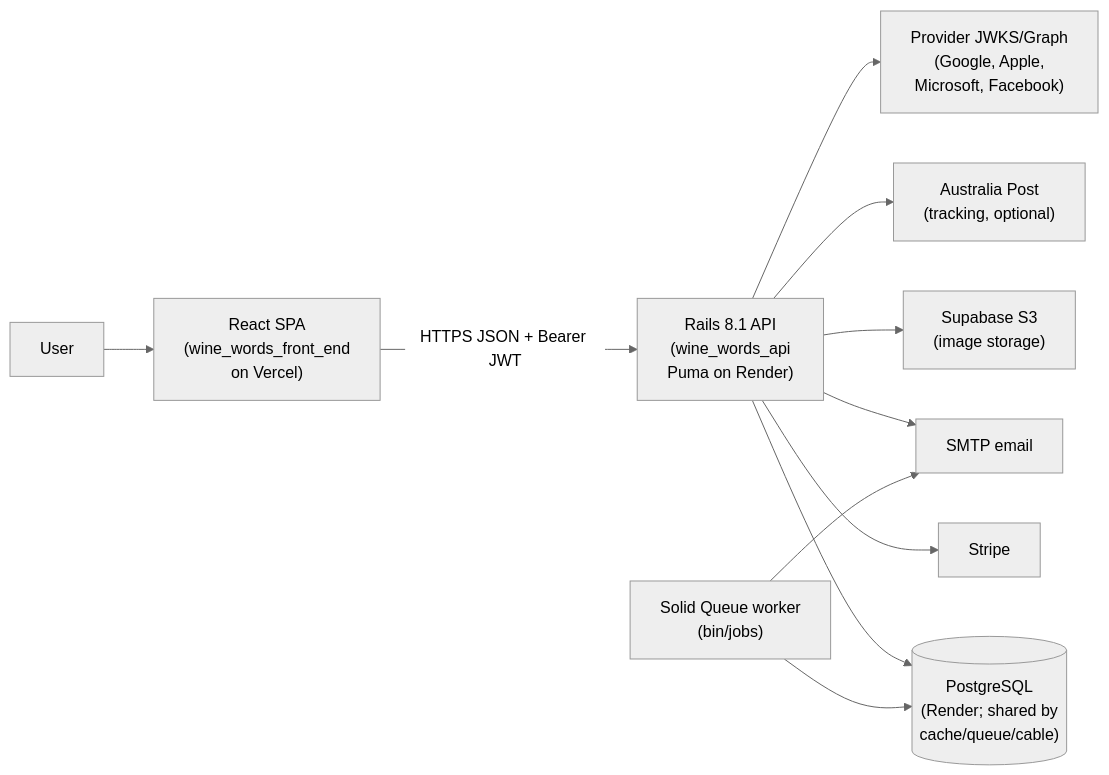
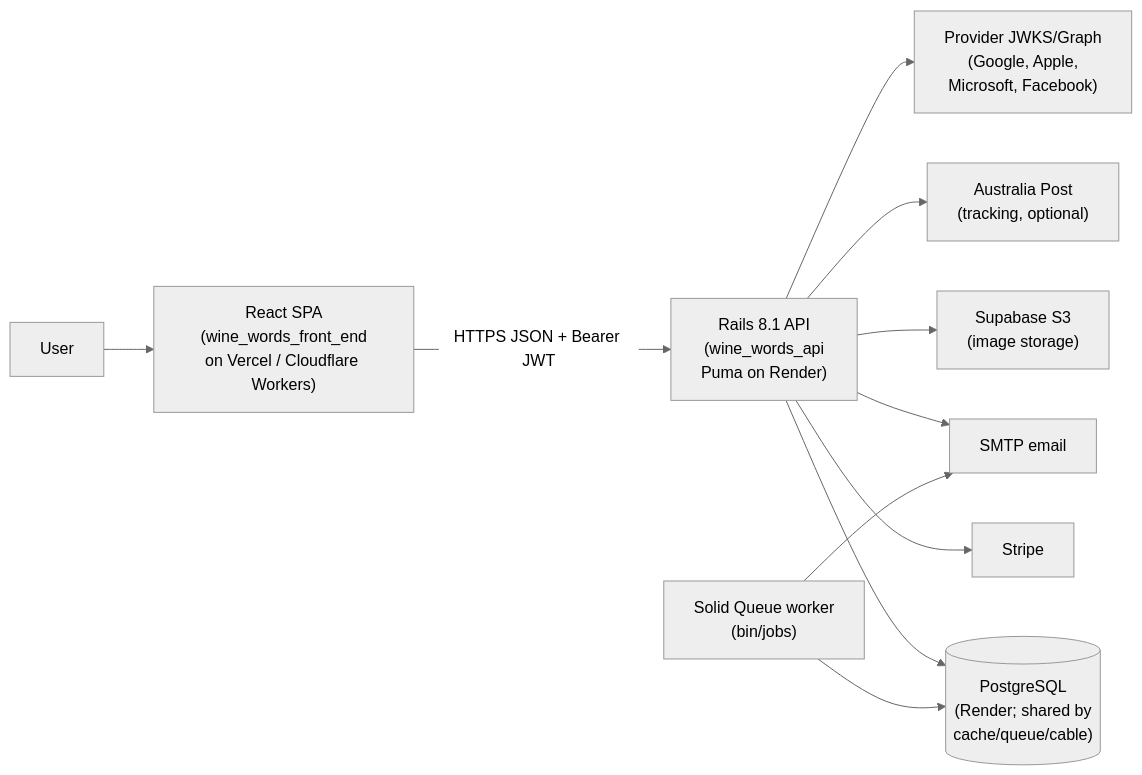
The first of 3 diagrams in WINE_WORDS_README.md (romalopes/wine_words_api), drawn with Mermaid (neutral theme) before and after one commit. The commit also changed other lines of this file and 7 other files, not shown here.

````diff
--- a/WINE_WORDS_README.md
+++ b/WINE_WORDS_README.md
@@ -47,13 +50,13 @@
 ```mermaid
 flowchart LR
-    U["User"] --> SPA["React SPA<br/>(wine_words_front_end<br/>on Vercel)"]
+    U["User"] --> SPA["React SPA<br/>(wine_words_front_end<br/>on Vercel / Cloudflare Workers)"]
     SPA -->|"HTTPS JSON + Bearer JWT"| API["Rails 8.1 API<br/>(wine_words_api<br/>Puma on Render)"]
     API --> DB[("PostgreSQL<br/>(Render; shared by<br/>cache/queue/cable)")]
     WORKER["Solid Queue worker<br/>(bin/jobs)"] --> DB
     API --> STRIPE["Stripe"]
     API --> STORAGE["Supabase S3<br/>(image storage)"]
     API --> SMTP["SMTP email"]
     API --> AUSPOST["Australia Post<br/>(tracking, optional)"]
     API --> JWKS["Provider JWKS/Graph<br/>(Google, Apple,<br/>Microsoft, Facebook)"]
     WORKER --> SMTP
 ```
````
